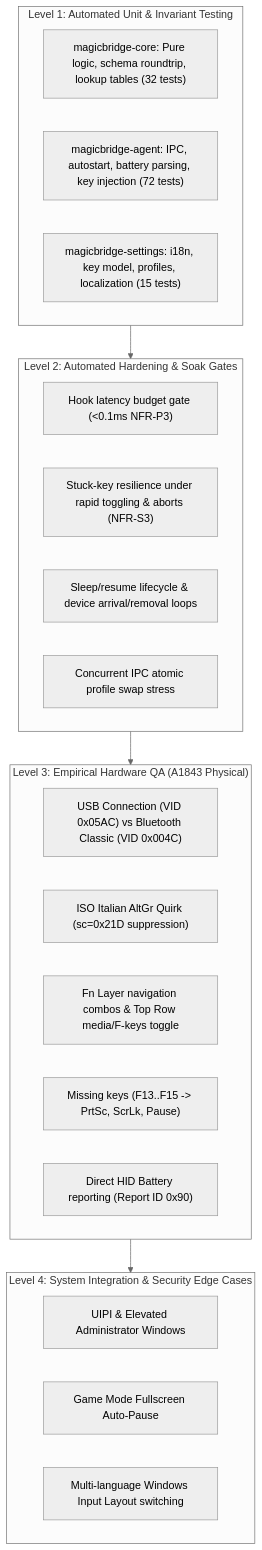
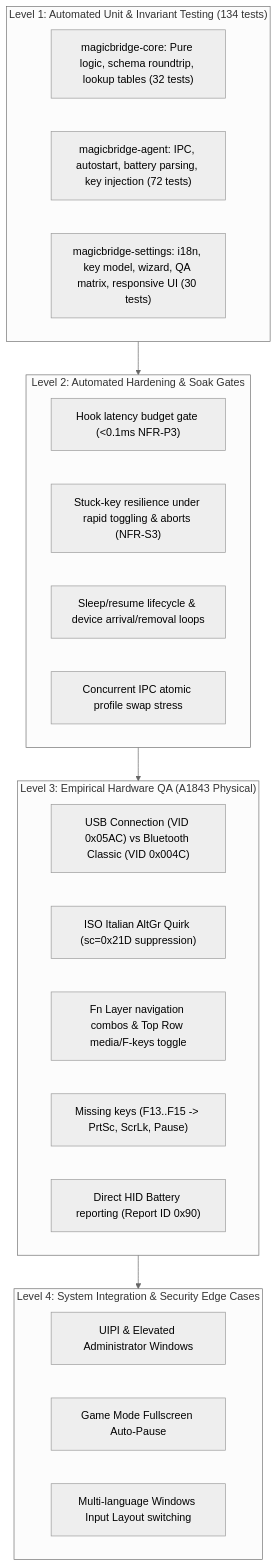
One commit to DooperDrew/MagicBridge changed the diagram in docs/06-qa-and-validation.md. Above: the diagram before and after it, drawn with Mermaid (neutral theme). The commit also changed other lines of this file and 9 other files, not shown here.

````diff
--- a/docs/06-qa-and-validation.md
+++ b/docs/06-qa-and-validation.md
@@ -9,31 +9,31 @@
 ```mermaid
 flowchart TD
-    subgraph L1["Level 1: Automated Unit & Invariant Testing"]
+    subgraph L1["Level 1: Automated Unit & Invariant Testing (134 tests)"]
         U1["magicbridge-core: Pure logic, schema roundtrip, lookup tables (32 tests)"]
         U2["magicbridge-agent: IPC, autostart, battery parsing, key injection (72 tests)"]
-        U3["magicbridge-settings: i18n, key model, profiles, localization (15 tests)"]
+        U3["magicbridge-settings: i18n, key model, wizard, QA matrix, responsive UI (30 tests)"]
     end
 
     subgraph L2["Level 2: Automated Hardening & Soak Gates"]
         H1["Hook latency budget gate (<0.1ms NFR-P3)"]
         H2["Stuck-key resilience under rapid toggling & aborts (NFR-S3)"]
         H3["Sleep/resume lifecycle & device arrival/removal loops"]
         H4["Concurrent IPC atomic profile swap stress"]
     end
 
     subgraph L3["Level 3: Empirical Hardware QA (A1843 Physical)"]
         HW1["USB Connection (VID 0x05AC) vs Bluetooth Classic (VID 0x004C)"]
         HW2["ISO Italian AltGr Quirk (sc=0x21D suppression)"]
         HW3["Fn Layer navigation combos & Top Row media/F-keys toggle"]
         HW4["Missing keys (F13..F15 -> PrtSc, ScrLk, Pause)"]
         HW5["Direct HID Battery reporting (Report ID 0x90)"]
     end
 
     subgraph L4["Level 4: System Integration & Security Edge Cases"]
         E1["UIPI & Elevated Administrator Windows"]
         E2["Game Mode Fullscreen Auto-Pause"]
         E3["Multi-language Windows Input Layout switching"]
     end
 
     L1 --> L2 --> L3 --> L4
 ```
````
